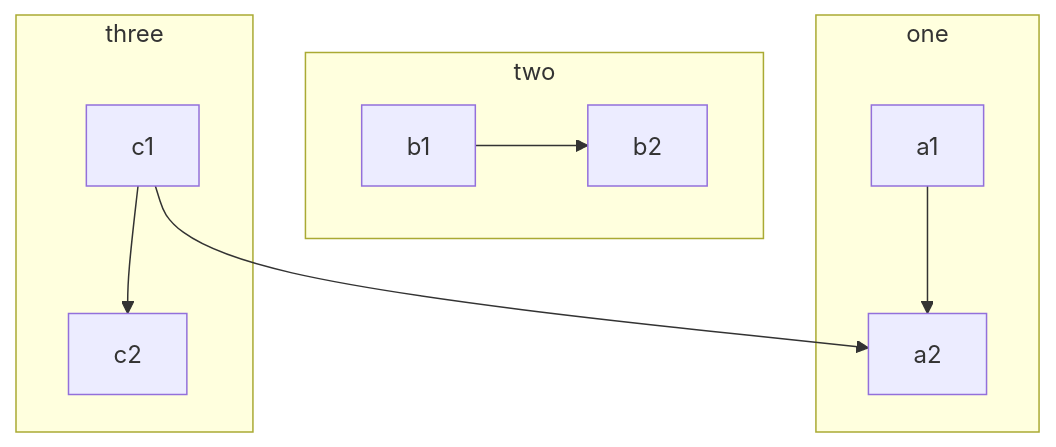
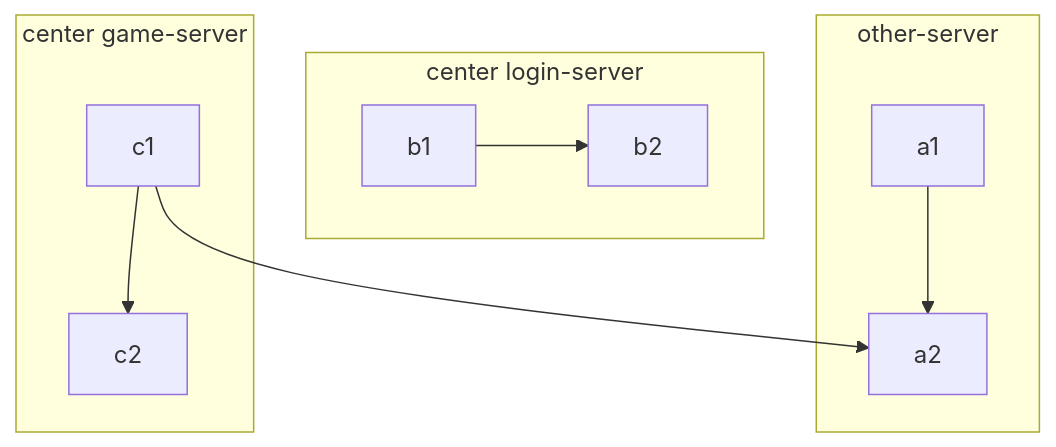
Before and after one commit to zerosoft/CodeBroker: the first of 4 diagrams in docs/code/mermaid.md, drawn with Mermaid. The commit also changed other lines of this file and 2 other files, not shown here.

````diff
--- a/docs/code/mermaid.md
+++ b/docs/code/mermaid.md
@@ -21,13 +9,13 @@
 ```mermaid
 graph TB
     c1-->a2
-    subgraph one
+    subgraph other-server
     a1-->a2
     end
-    subgraph two
+    subgraph center login-server
     b1-->b2
     end
-    subgraph three
+    subgraph center game-server
     c1-->c2
     end
 ```
````
